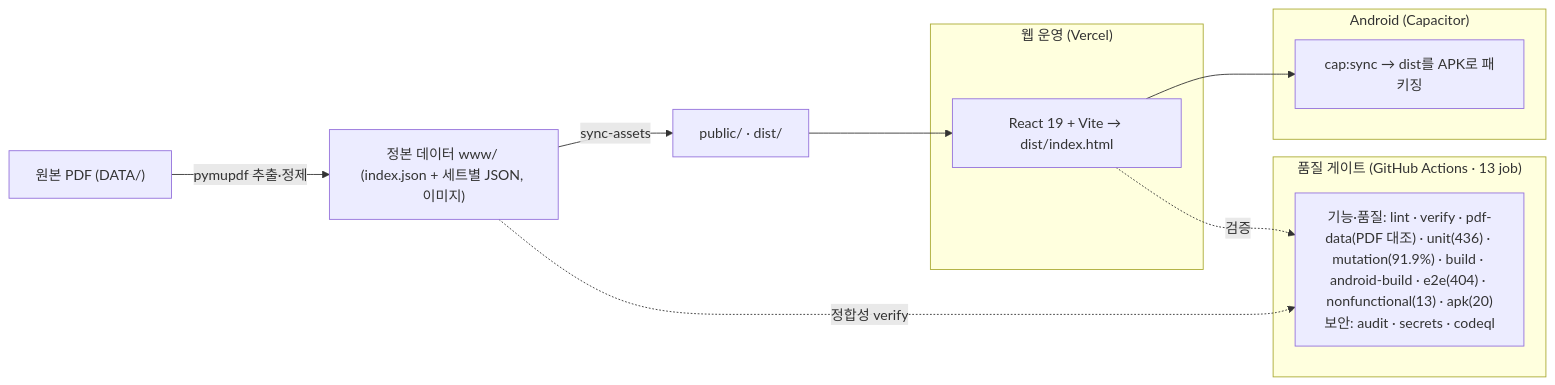
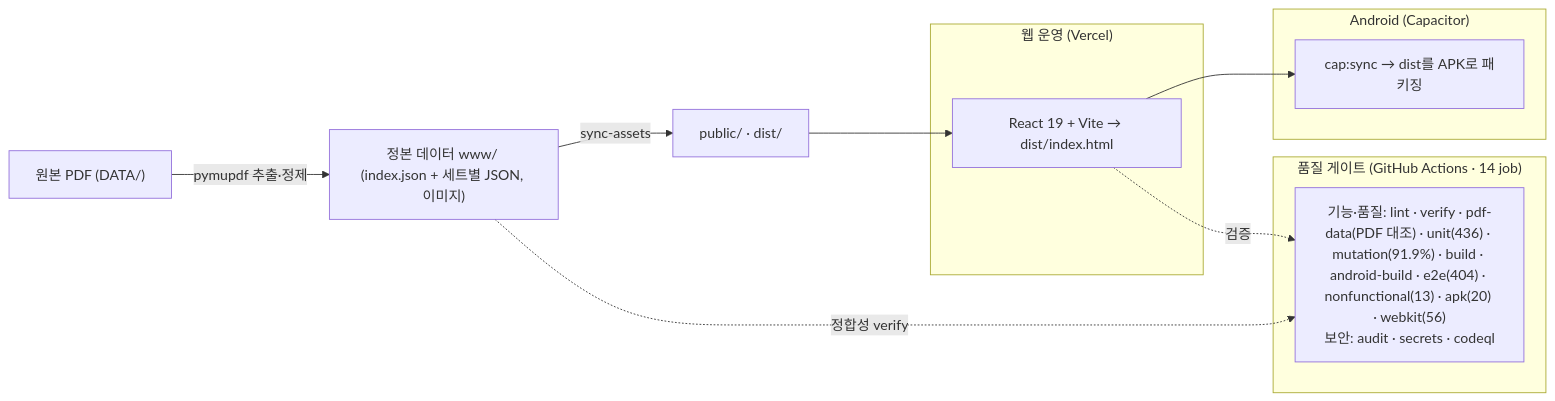
Before and after one commit to WindowHyun/ISTQB: the diagram in README.md, drawn with Mermaid. The commit also changed other lines of this file and 3 other files, not shown here.

````diff
--- a/README.md
+++ b/README.md
@@ -196,20 +196,20 @@
 ```mermaid
 flowchart LR
   PDF["원본 PDF (DATA/)"] -->|pymupdf 추출·정제| SRC["정본 데이터 www/ (index.json + 세트별 JSON, 이미지)"]
   SRC -->|sync-assets| PUB["public/ · dist/"]
 
   subgraph 웹_운영["웹 운영 (Vercel)"]
     REACT["React 19 + Vite → dist/index.html"]
   end
   subgraph APK["Android (Capacitor)"]
     CAP["cap:sync → dist를 APK로 패키징"]
   end
   PUB --> REACT
   REACT --> CAP
 
-  subgraph 품질["품질 게이트 (GitHub Actions · 13 job)"]
-    CI["기능·품질: lint · verify · pdf-data(PDF 대조) · unit(436) · mutation(91.9%) · build · android-build · e2e(404) · nonfunctional(13) · apk(20)<br/>보안: audit · secrets · codeql"]
+  subgraph 품질["품질 게이트 (GitHub Actions · 14 job)"]
+    CI["기능·품질: lint · verify · pdf-data(PDF 대조) · unit(436) · mutation(91.9%) · build · android-build · e2e(404) · nonfunctional(13) · apk(20) · webkit(56)<br/>보안: audit · secrets · codeql"]
   end
   REACT -.검증.-> CI
   SRC -.정합성 verify.-> CI
 ```
````
